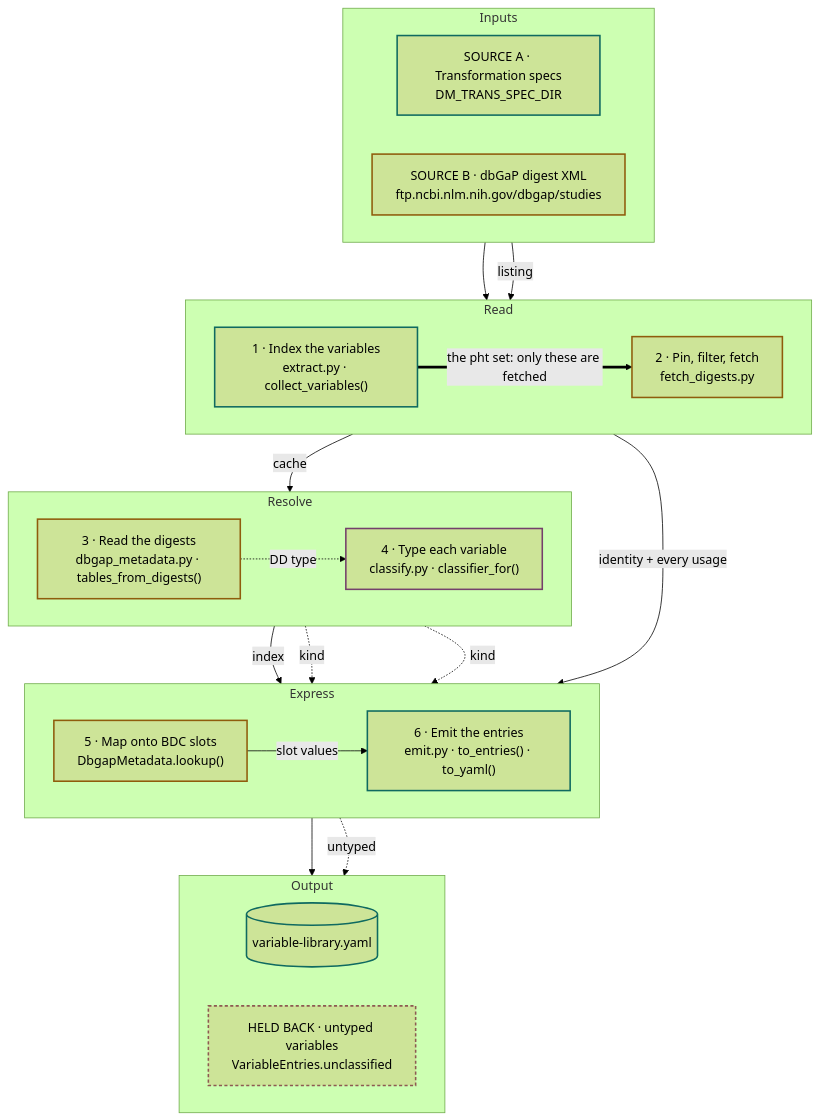
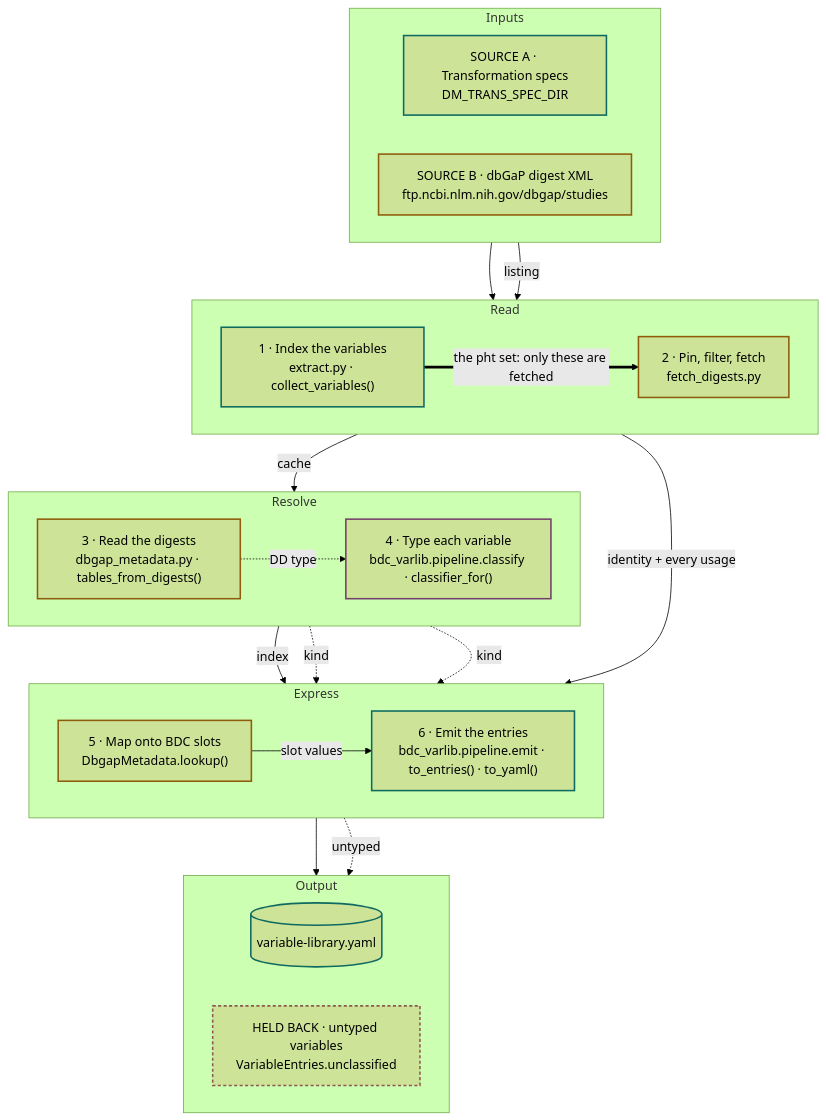
The diagram in docs/variable-library.md (linkml/dm-bip), drawn with Mermaid (forest theme) before and after one commit. The commit also changed other lines of this file and 11 other files, not shown here.

````diff
--- a/docs/variable-library.md
+++ b/docs/variable-library.md
@@ -64,50 +64,50 @@
 ```mermaid
 flowchart TD
   subgraph inputs [Inputs]
     direction LR
     specs["SOURCE A · Transformation specs<br/>DM_TRANS_SPEC_DIR"]
     digests["SOURCE B · dbGaP digest XML<br/>ftp.ncbi.nlm.nih.gov/dbgap/studies"]
   end
   subgraph read [Read]
     direction LR
     extract["1 · Index the variables<br/>extract.py · collect_variables()"]
     fetch["2 · Pin, filter, fetch<br/>fetch_digests.py"]
   end
   subgraph resolve [Resolve]
     direction LR
     adapt["3 · Read the digests<br/>dbgap_metadata.py · tables_from_digests()"]
-    classify["4 · Type each variable<br/>classify.py · classifier_for()"]
+    classify["4 · Type each variable<br/>bdc_varlib.pipeline.classify · classifier_for()"]
   end
   subgraph express [Express]
     direction LR
-    emit["6 · Emit the entries<br/>emit.py · to_entries() · to_yaml()"]
+    emit["6 · Emit the entries<br/>bdc_varlib.pipeline.emit · to_entries() · to_yaml()"]
     slots["5 · Map onto BDC slots<br/>DbgapMetadata.lookup()"]
   end
   subgraph out [Output]
     direction LR
     library[("variable-library.yaml")]
     held["HELD BACK · untyped variables<br/>VariableEntries.unclassified"]
   end
 
   specs --> extract
   digests -- listing --> fetch
   extract == "the pht set: only these are fetched" ==> fetch
   fetch -- cache --> adapt
   adapt -- index --> slots
   adapt -. "DD type" .-> classify
   classify -. kind .-> slots
   classify -. kind .-> emit
   extract -- "identity + every usage" --> emit
   slots -- "slot values" --> emit
   emit --> library
   emit -. untyped .-> held
 
   classDef spec stroke:#0f6a60,stroke-width:2px
   classDef dbgap stroke:#8f5c0c,stroke-width:2px
   classDef typing stroke:#74406b,stroke-width:2px
   classDef heldback stroke:#8d5a52,stroke-width:2px,stroke-dasharray:4 3
   class specs,extract,emit,library spec
   class digests,fetch,adapt,slots dbgap
   class classify typing
   class held heldback
 ```
````
